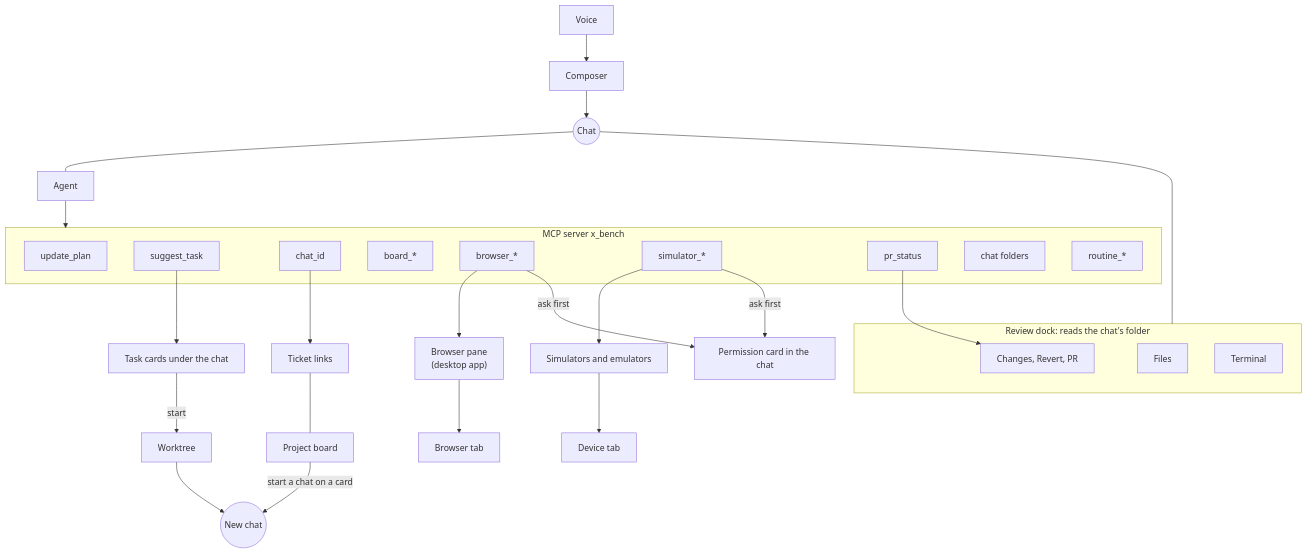
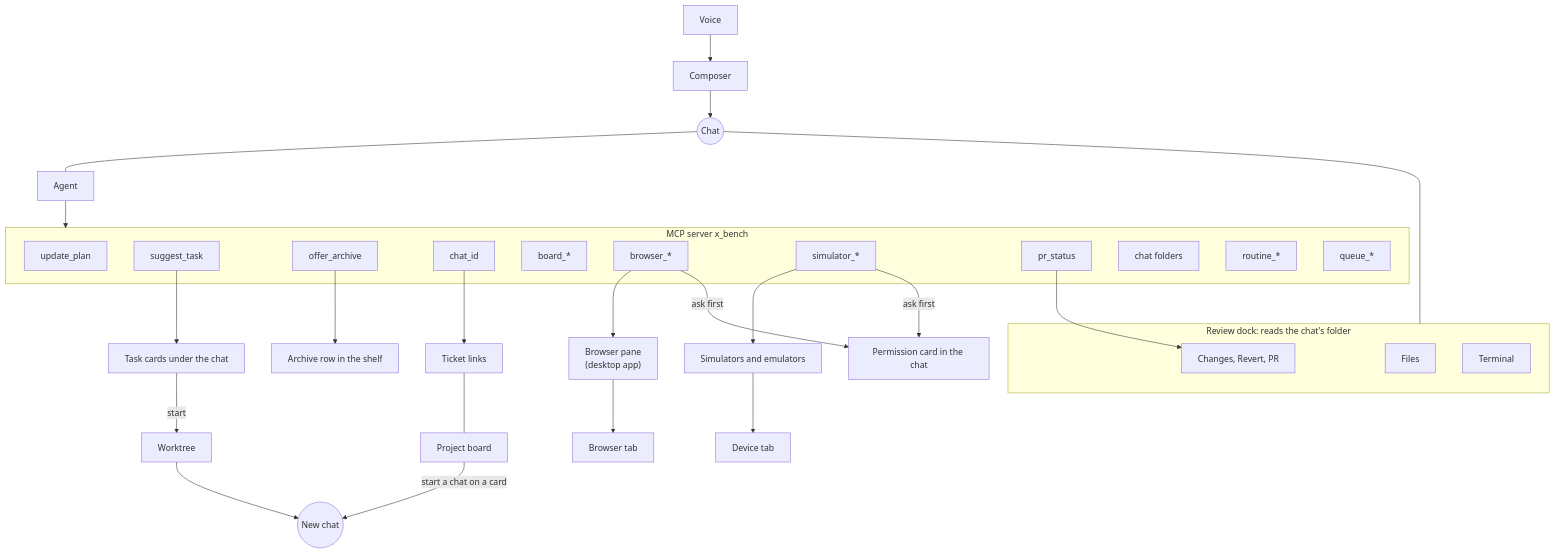
The ninth of 17 diagrams in architecture.md (ThimoEder/x-bench), drawn with Mermaid before and after one commit. The commit also changed other lines of this file and 168 other files, not shown here.

````diff
--- a/architecture.md
+++ b/architecture.md
@@ -367,35 +369,38 @@
 ```mermaid
 flowchart TB
   Chat(("Chat"))
   subgraph dock [Review dock: reads the chat's folder]
     Git["Changes, Revert, PR"]
     Files["Files"]
     Term["Terminal"]
   end
   subgraph tools [MCP server x_bench]
     Plan["update_plan"]
     Suggest["suggest_task"]
+    Offer["offer_archive"]
     ChatId["chat_id"]
     BoardTools["board_*"]
     Browser["browser_*"]
     Sim["simulator_*"]
     PR["pr_status"]
     Folders["chat folders"]
     Routines["routine_*"]
+    Queues["queue_*"]
   end
   Agent["Agent"] --> tools
   Chat --- Agent
   Chat --- dock
   Browser --> Pane["Browser pane<br/>(desktop app)"]
   Sim --> Devices["Simulators and emulators"]
   Devices --> DeviceTab["Device tab"]
   Pane --> BrowserTab["Browser tab"]
   Browser & Sim -->|"ask first"| Card["Permission card in the chat"]
   Suggest --> Cards["Task cards under the chat"]
+  Offer --> ArchiveRow["Archive row in the shelf"]
   Cards -->|"start"| WT["Worktree"] --> NewChat(("New chat"))
   ChatId --> Links["Ticket links"]
   Board["Project board"] -->|"start a chat on a card"| NewChat
   Links --- Board
   PR --> Git
   Voice["Voice"] --> Composer["Composer"] --> Chat
 ```
````
